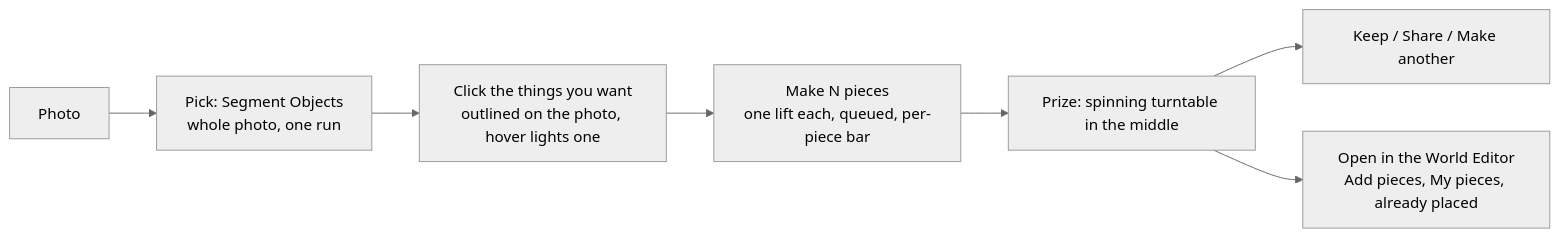
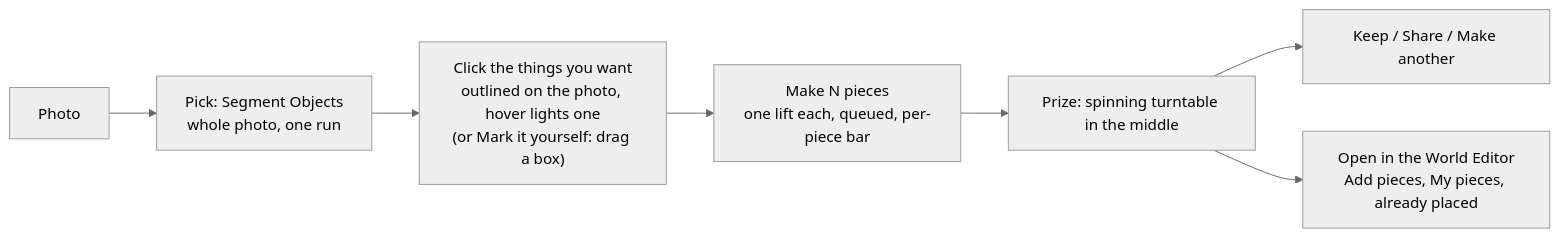
Before and after one commit to gitgithan/conquercourse: the second of 4 diagrams in docs/community-flow-guide.md, drawn with Mermaid (neutral theme). The commit also changed other lines of this file and 4 other files, not shown here.

````diff
--- a/docs/community-flow-guide.md
+++ b/docs/community-flow-guide.md
@@ -96,9 +96,9 @@
 ```mermaid
 flowchart LR
   A["Photo"] --> C["Pick: Segment Objects<br/>whole photo, one run"]
-  C --> D["Click the things you want<br/>outlined on the photo, hover lights one"]
+  C --> D["Click the things you want<br/>outlined on the photo, hover lights one<br/>(or Mark it yourself: drag a box)"]
   D --> F["Make N pieces<br/>one lift each, queued, per-piece bar"]
   F --> G["Prize: spinning turntable in the middle"]
   G --> H["Keep / Share / Make another"]
   G --> I["Open in the World Editor<br/>Add pieces, My pieces, already placed"]
 ```
````
